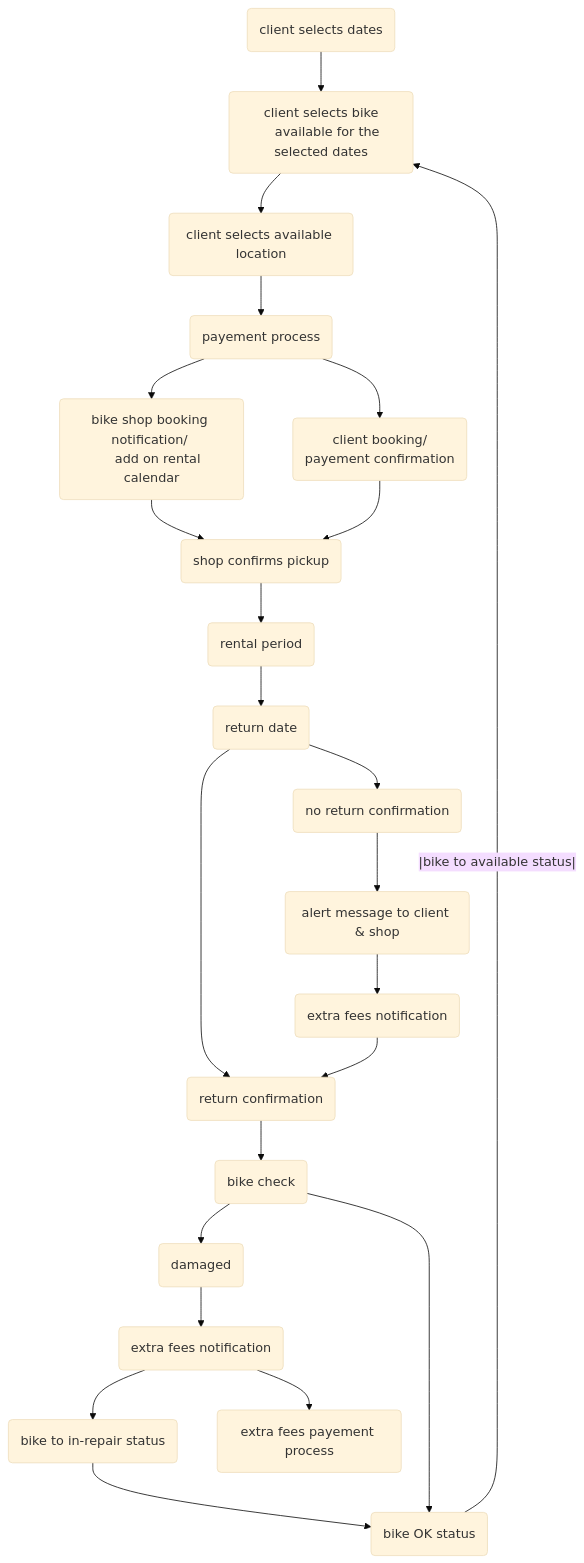
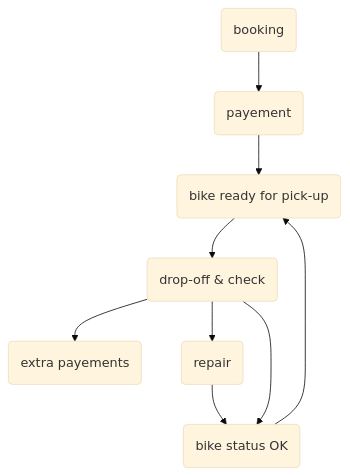
One commit to FrancisFigu/PANI_BikeshopApp changed the diagram in dossier-analyse/02-analyse-fonctionelle.md. Above: the diagram before and after it, drawn with Mermaid (base theme).

`````diff
--- a/dossier-analyse/02-analyse-fonctionelle.md
+++ b/dossier-analyse/02-analyse-fonctionelle.md
@@ -20,30 +20,13 @@
 ````mermaid
-flowchart TD
-    A(client selects dates) 
-    --> B(client selects bike
-    available for the selected dates)
-    -->C(client selects available location)
-    -->D(payement process)
-    D-->E(bike shop booking notification/ 
-    add on rental calendar)
-    D-->F(client booking/
-    payement confirmation)
-    E-->G
-    F-->G(shop confirms pickup)
-    G-->H(rental period)
-    H-->I(return date)
-    I-->J(return confirmation)
-    J-->K(bike check)
-    K-->M(damaged)
-    M-->N(extra fees notification)
-    I-->j(no return confirmation)
-    j-->k(alert message to client & shop)
-    k-->l(extra fees notification)
-    l-->J
-    N-->O(bike to in-repair status)
-    O-->L
-    N-->P(extra fees payement process)
-    L--|bike to available status|-->B
-    K-->L(bike OK status)
+ flowchart TD
+    A(booking)
+    -->B(payement)
+    -->C(bike ready for pick-up)
+    -->D(drop-off & check)
+    D-->E(extra payements)
+    D-->G(repair)
+    -->F
+    D-->F(bike status OK)
+    F-->C
 
 ````
`````
